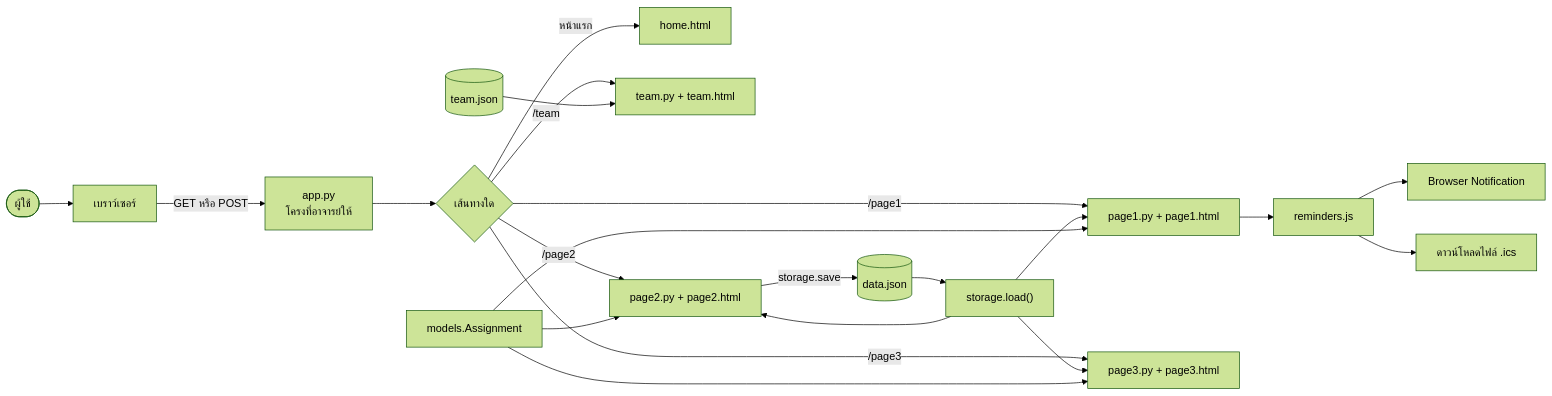
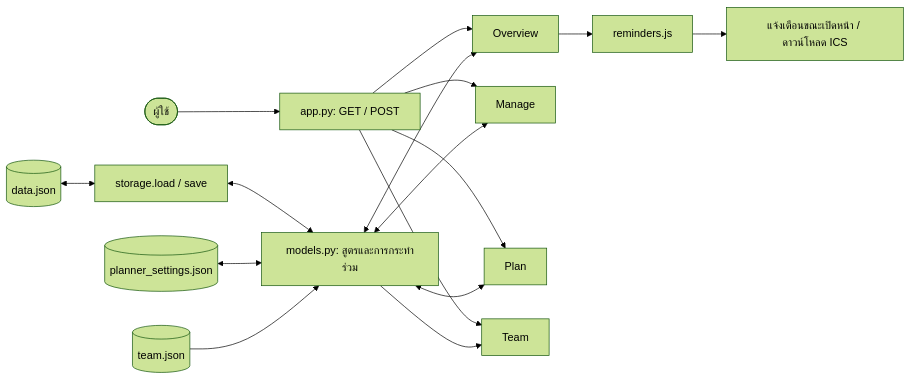
Before and after one commit to aiy157/ManagerTime: the first of 10 diagrams in docs/presentation/FLOWCHARTS.md, drawn with Mermaid (forest theme). The commit also changed other lines of this file and 68 other files, not shown here.

````diff
--- a/docs/presentation/FLOWCHARTS.md
+++ b/docs/presentation/FLOWCHARTS.md
@@ -7,23 +7,18 @@
 ```mermaid
 flowchart LR
-    U(["ผู้ใช้"]) --> B["เบราว์เซอร์"]
-    B -->|GET หรือ POST| A["app.py<br/>โครงที่อาจารย์ให้"]
-    A --> R{"เส้นทางใด"}
-    R -->|หน้าแรก| H["home.html"]
-    R -->|/team| T["team.py + team.html"]
-    R -->|/page1| P1["page1.py + page1.html"]
-    R -->|/page2| P2["page2.py + page2.html"]
-    R -->|/page3| P3["page3.py + page3.html"]
-    J[(data.json)] --> S["storage.load()"]
-    S --> P1
-    S --> P2
-    S --> P3
-    M["models.Assignment"] --> P1
-    M --> P2
-    M --> P3
-    P2 -->|storage.save| J
-    TJ[(team.json)] --> T
-    P1 --> JS["reminders.js"]
-    JS --> N["Browser Notification"]
-    JS --> I["ดาวน์โหลดไฟล์ .ics"]
+    U(["ผู้ใช้"]) --> A["app.py: GET / POST"]
+    A --> P1["Overview"]
+    A --> P2["Manage"]
+    A --> P3["Plan"]
+    A --> T["Team"]
+    J[(data.json)] <--> S["storage.load / save"]
+    S <--> M["models.py: สูตรและการกระทำร่วม"]
+    M <--> P1
+    M <--> P2
+    M <--> P3
+    M --> T
+    D[(planner_settings.json)] <--> M
+    TJ[(team.json)] --> M
+    P1 --> N["reminders.js"]
+    N --> B["แจ้งเตือนขณะเปิดหน้า / ดาวน์โหลด ICS"]
 ```
````
